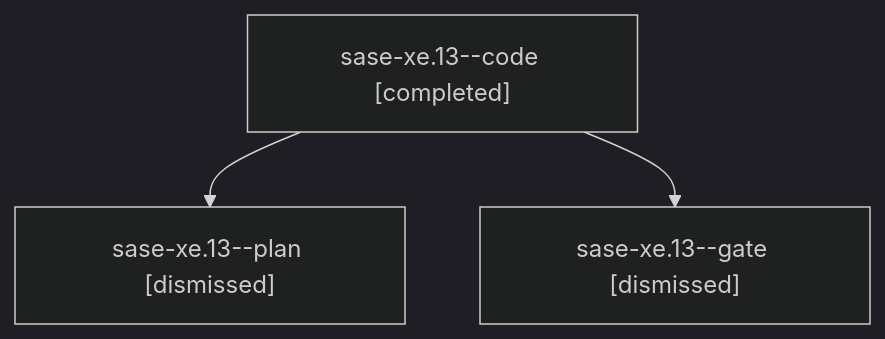
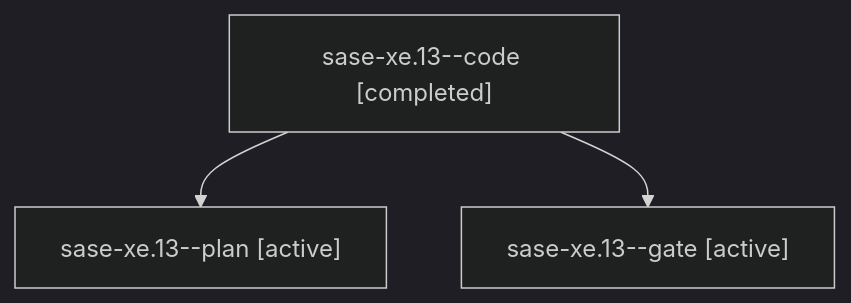
The diagram in families/bbugyi200.athena.sase-xe.13.md (sase-org/sase--agents), drawn with Mermaid (dark theme) before and after one commit. The commit also changed other lines of this file and 35830 other files, not shown here.

````diff
--- a/families/bbugyi200.athena.sase-xe.13.md
+++ b/families/bbugyi200.athena.sase-xe.13.md
@@ -9,8 +9,8 @@
 ```mermaid
 flowchart TD
   n0["sase-xe.13--code [completed]"]
-  n1["sase-xe.13--plan [dismissed]"]
+  n1["sase-xe.13--plan [active]"]
   n0 --> n1
-  n2["sase-xe.13--gate [dismissed]"]
+  n2["sase-xe.13--gate [active]"]
   n0 --> n2
 ```
````
